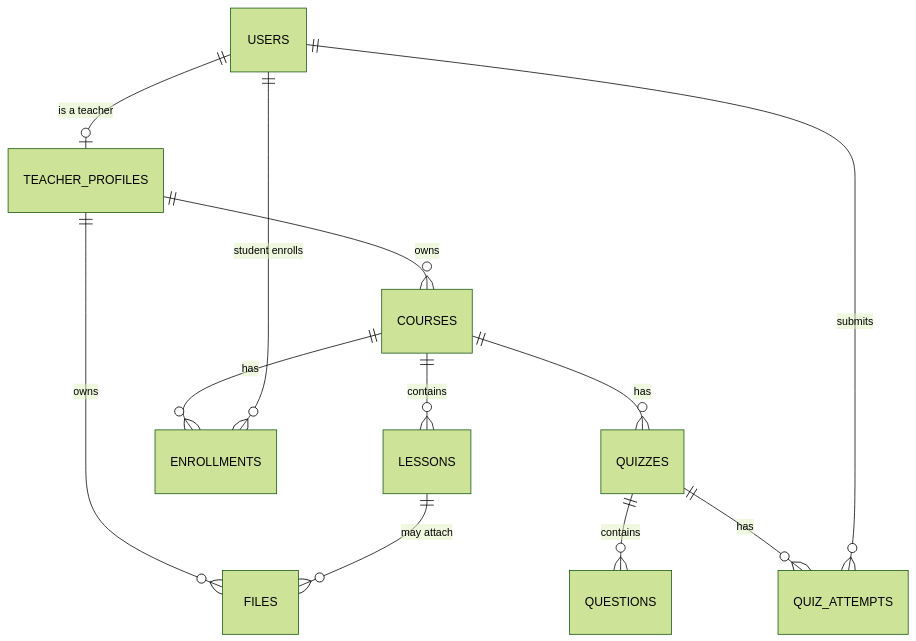
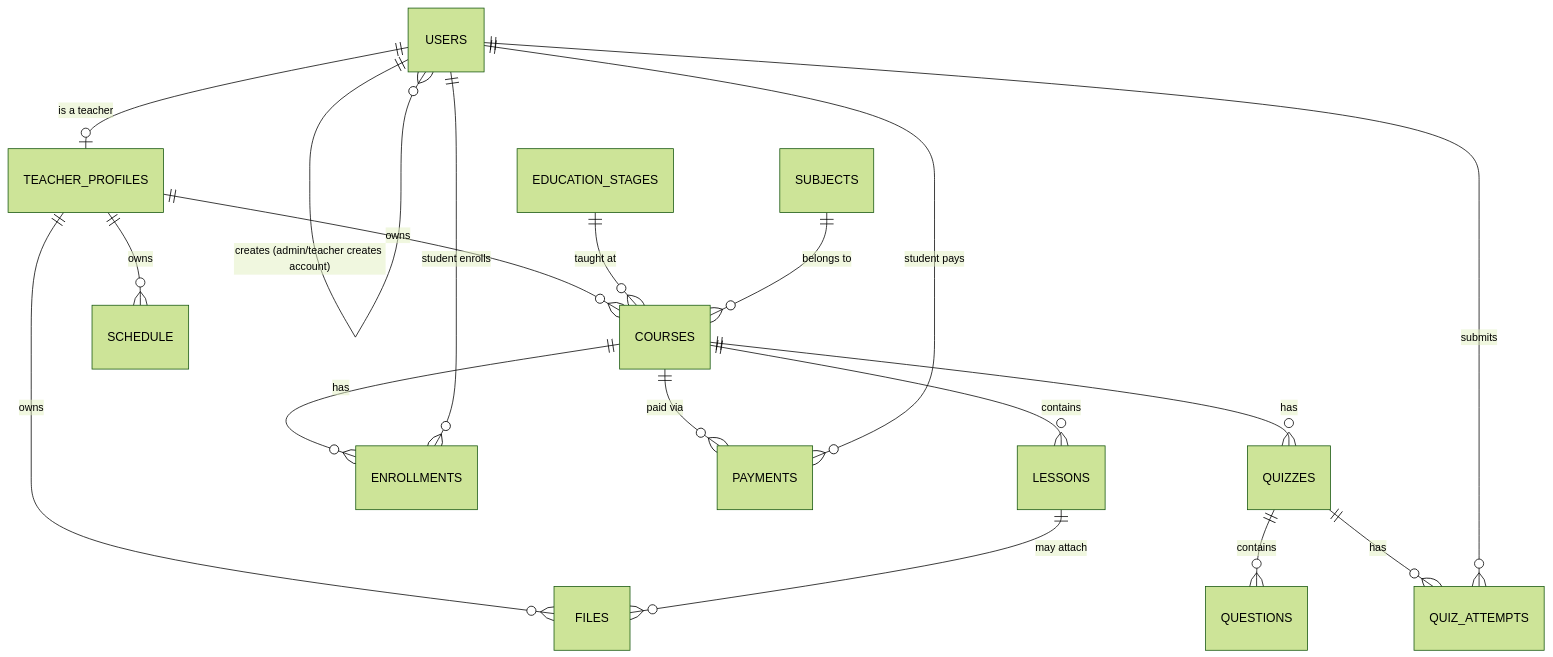
One commit to Mohamed-Shahata/teach-system changed the diagram in docs/database/collections.md. Above: the diagram before and after it, drawn with Mermaid (forest theme). The commit also changed other lines of this file and 63 other files, not shown here.

````diff
--- a/docs/database/collections.md
+++ b/docs/database/collections.md
@@ -153,14 +242,20 @@
 ```mermaid
 erDiagram
     USERS ||--o| TEACHER_PROFILES : "is a teacher"
     TEACHER_PROFILES ||--o{ COURSES : owns
+    TEACHER_PROFILES ||--o{ SCHEDULE : owns
     COURSES ||--o{ LESSONS : contains
     COURSES ||--o{ ENROLLMENTS : has
+    COURSES ||--o{ PAYMENTS : "paid via"
     USERS ||--o{ ENROLLMENTS : "student enrolls"
+    USERS ||--o{ PAYMENTS : "student pays"
+    USERS ||--o{ USERS : "creates (admin/teacher creates account)"
+    EDUCATION_STAGES ||--o{ COURSES : "taught at"
+    SUBJECTS ||--o{ COURSES : "belongs to"
     COURSES ||--o{ QUIZZES : has
     QUIZZES ||--o{ QUESTIONS : contains
     QUIZZES ||--o{ QUIZ_ATTEMPTS : has
     USERS ||--o{ QUIZ_ATTEMPTS : submits
     TEACHER_PROFILES ||--o{ FILES : owns
     LESSONS ||--o{ FILES : "may attach"
 ```
````
